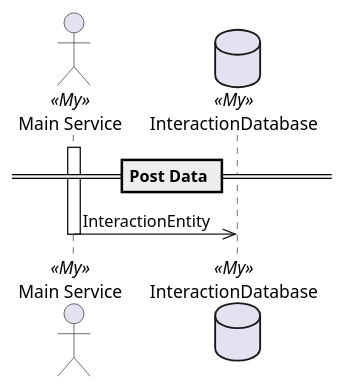
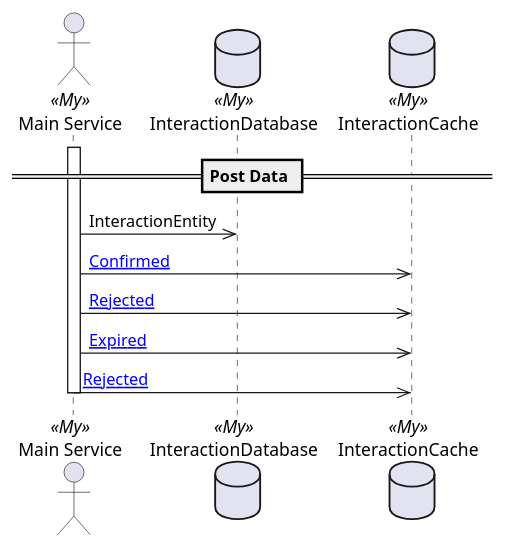
One commit to TypedUseCase/tuc-console changed the diagram in docs/tuc/examples/post-data.puml. Above: the diagram before and after it, drawn with PlantUML. The commit also changed 28 other files, not shown here.

```diff
--- a/docs/tuc/examples/post-data.puml
+++ b/docs/tuc/examples/post-data.puml
@@ -1,13 +1,18 @@
 @startuml post-data
 
 == Post Data ==
 
 actor "Main Service" as MainService <<My>>
 database "InteractionDatabase" as InteractionDatabase <<My>>
+database "InteractionCache" as InteractionCache <<My>>
 
 activate MainService
 MainService ->> InteractionDatabase: InteractionEntity
+MainService ->> InteractionCache: [[{InteractionEvent.Confirmed}Confirmed]]
+MainService ->> InteractionCache: [[{InteractionEvent.Rejected}Rejected]]
+MainService ->> InteractionCache: [[{InteractionEvent.Rejected.Expired}Expired]]
+MainService ->> InteractionCache: [[{InteractionEvent.Rejected.Rejected}Rejected]]
 
 deactivate MainService
 
 @enduml
```
